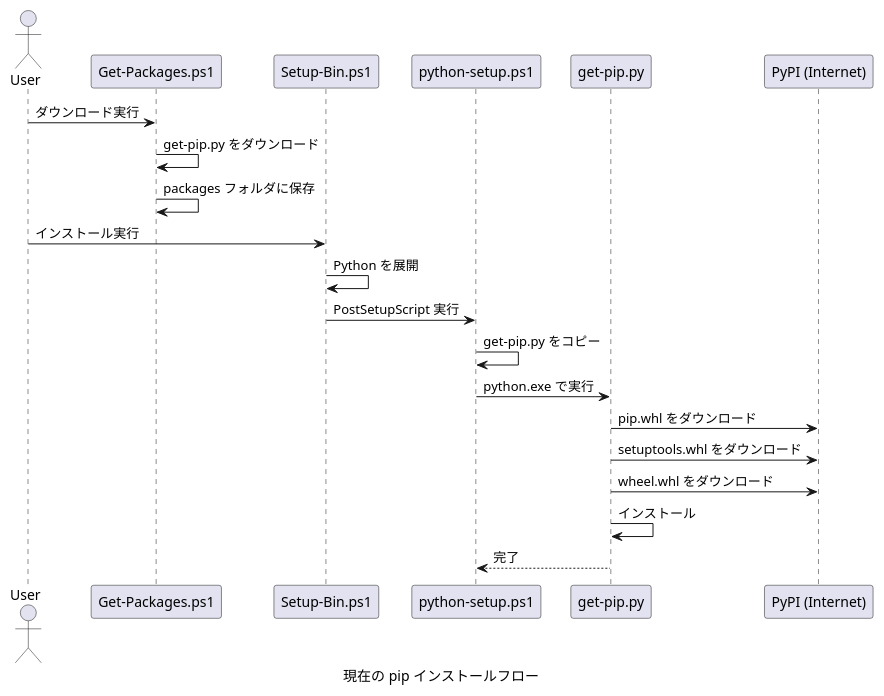
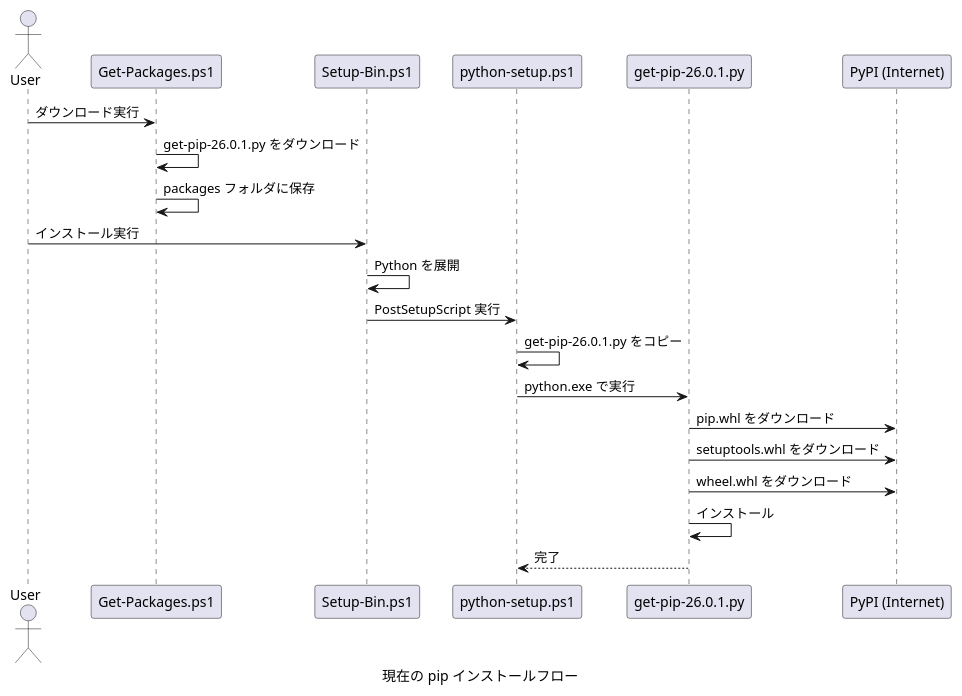
Before and after one commit to Hondarer/devbin-win: the first of 5 diagrams in docs-src/offline-pip-design.md, drawn with PlantUML. The commit also changed other lines of this file and 3 other files, not shown here.

First line of the commit message:
get-pip.py にバージョンを付与し、ドキュメントを更新

````diff
--- a/docs-src/offline-pip-design.md
+++ b/docs-src/offline-pip-design.md
@@ -13,26 +13,26 @@
 ```plantuml
 @startuml 現在の pip インストールフロー
 caption 現在の pip インストールフロー
 actor User
 participant "Get-Packages.ps1" as GetPkg
 participant "Setup-Bin.ps1" as Setup
 participant "python-setup.ps1" as PySetup
-participant "get-pip.py" as GetPip
+participant "get-pip-26.0.1.py" as GetPip
 participant "PyPI (Internet)" as PyPI
 
 User -> GetPkg: ダウンロード実行
-GetPkg -> GetPkg: get-pip.py をダウンロード
+GetPkg -> GetPkg: get-pip-26.0.1.py をダウンロード
 GetPkg -> GetPkg: packages フォルダに保存
 
 User -> Setup: インストール実行
 Setup -> Setup: Python を展開
 Setup -> PySetup: PostSetupScript 実行
-PySetup -> PySetup: get-pip.py をコピー
+PySetup -> PySetup: get-pip-26.0.1.py をコピー
 PySetup -> GetPip: python.exe で実行
 GetPip -> PyPI: pip.whl をダウンロード
 GetPip -> PyPI: setuptools.whl をダウンロード
 GetPip -> PyPI: wheel.whl をダウンロード
 GetPip -> GetPip: インストール
 GetPip --> PySetup: 完了
 @enduml
 ```
````
